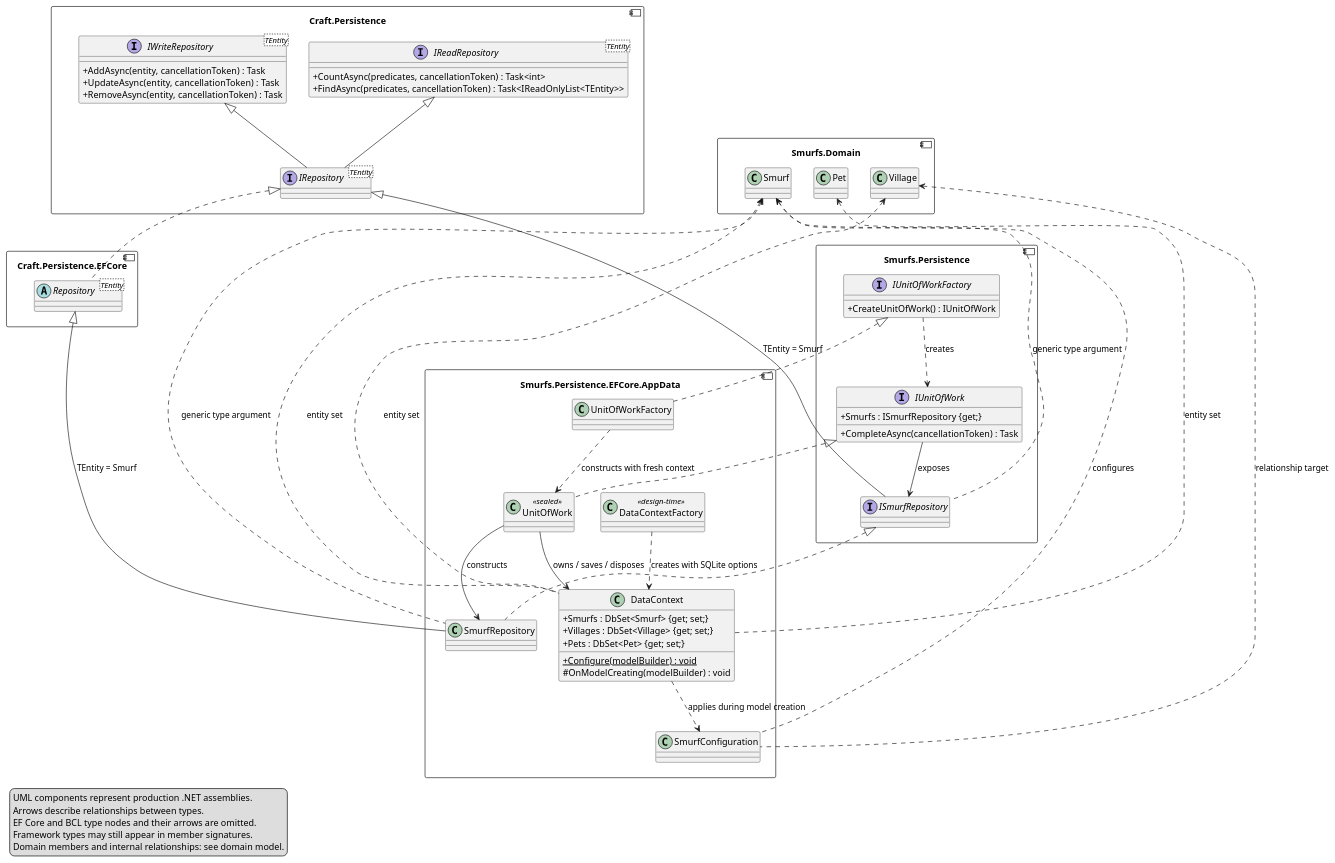
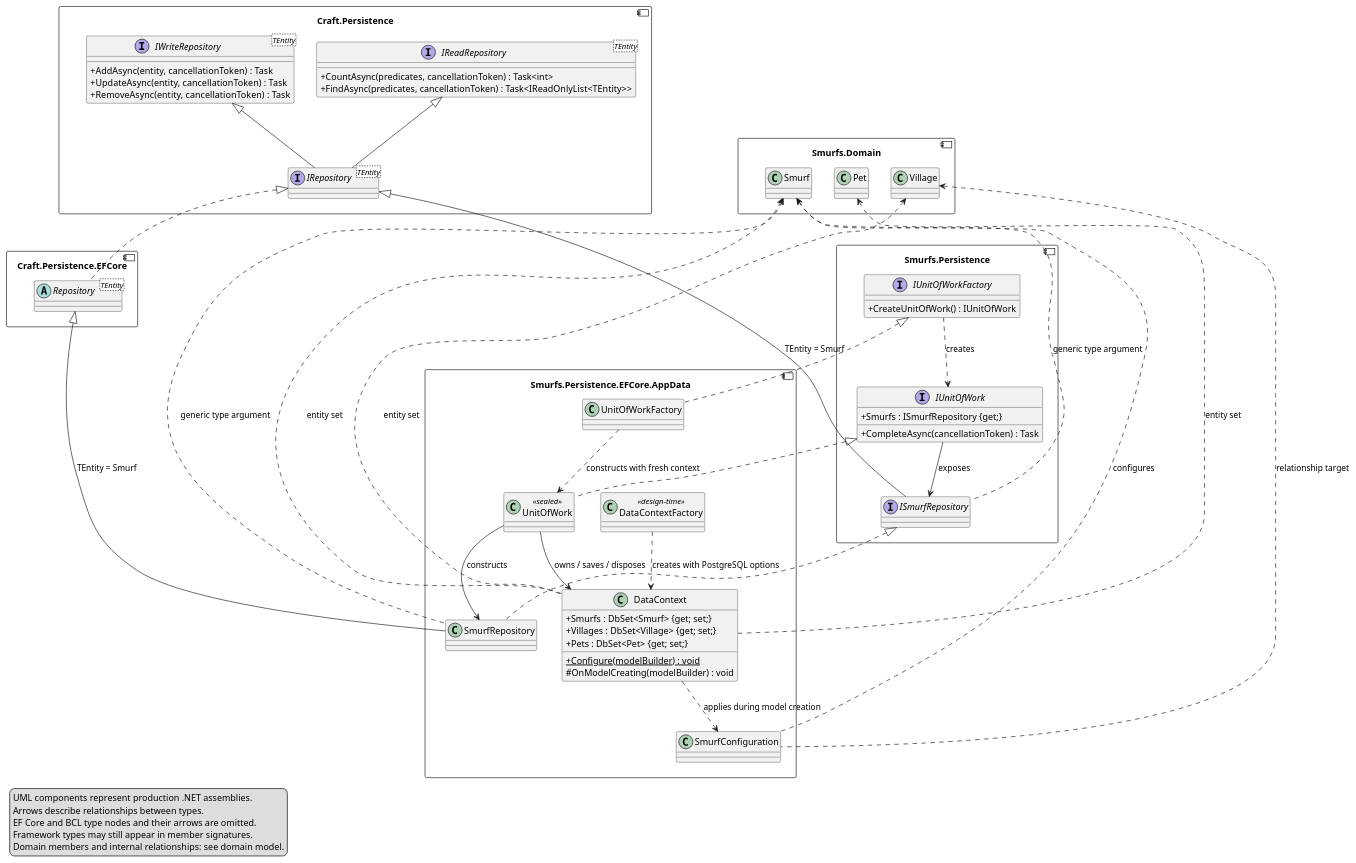
Before and after one commit to EbbeMeloSorensen/Smurfs: the diagram in docs/structural/diagrams/persistence-architecture.puml, drawn with PlantUML. The commit also changed 16 other files, not shown here.

```diff
--- a/docs/structural/diagrams/persistence-architecture.puml
+++ b/docs/structural/diagrams/persistence-architecture.puml
@@ -1,87 +1,87 @@
 @startuml
 allowmixing
 skinparam componentStyle uml2
 skinparam classAttributeIconSize 0
 top to bottom direction
 component "Craft.Persistence" as CraftContracts {
   interface "IReadRepository<TEntity>" as IRead {
     +CountAsync(predicates, cancellationToken) : Task<int>
     +FindAsync(predicates, cancellationToken) : Task<IReadOnlyList<TEntity>>
   }
   interface "IWriteRepository<TEntity>" as IWrite {
     +AddAsync(entity, cancellationToken) : Task
     +UpdateAsync(entity, cancellationToken) : Task
     +RemoveAsync(entity, cancellationToken) : Task
   }
   interface "IRepository<TEntity>" as IRepository
 }
 component "Craft.Persistence.EFCore" as CraftEF {
   abstract class "Repository<TEntity>" as Repository
 }
 component "Smurfs.Persistence" as SmurfContracts {
   interface ISmurfRepository
   interface IUnitOfWork {
     +Smurfs : ISmurfRepository {get;}
     +CompleteAsync(cancellationToken) : Task
   }
   interface IUnitOfWorkFactory {
     +CreateUnitOfWork() : IUnitOfWork
   }
 }
 component "Smurfs.Persistence.EFCore.AppData" as AppData {
   class SmurfRepository
   class UnitOfWork <<sealed>>
   class UnitOfWorkFactory
   class DataContext {
     +Smurfs : DbSet<Smurf> {get; set;}
     +Villages : DbSet<Village> {get; set;}
     +Pets : DbSet<Pet> {get; set;}
     {static} +Configure(modelBuilder) : void
     #OnModelCreating(modelBuilder) : void
   }
   class DataContextFactory <<design-time>>
   class SmurfConfiguration
 }
 component "Smurfs.Domain" as Domain {
   class Smurf
   class Village
   class Pet
 }
 
 ' Invisible layout constraints only; these are not assembly references.
 CraftContracts -[hidden]right- Domain
 CraftContracts -[hidden]down-> CraftEF
 Domain -[hidden]down-> SmurfContracts
 CraftEF -[hidden]down-> AppData
 SmurfContracts -[hidden]down-> AppData
 
 IRead <|-- IRepository
 IWrite <|-- IRepository
 IRepository <|.. Repository
 IRepository <|-- ISmurfRepository : TEntity = Smurf
 Repository <|-- SmurfRepository : TEntity = Smurf
 ISmurfRepository <|.. SmurfRepository
 ISmurfRepository .up.> Smurf : generic type argument
 SmurfRepository .up.> Smurf : generic type argument
 SmurfConfiguration .up.> Smurf : configures
 SmurfConfiguration .up.> Village : relationship target
 DataContext .up.> Smurf : entity set
 DataContext .up.> Village : entity set
 DataContext .up.> Pet : entity set
 IUnitOfWork <|.. UnitOfWork
 IUnitOfWorkFactory <|.. UnitOfWorkFactory
 IUnitOfWork --> ISmurfRepository : exposes
 IUnitOfWorkFactory ..> IUnitOfWork : creates
 UnitOfWork --> SmurfRepository : constructs
 UnitOfWork --> DataContext : owns / saves / disposes
 UnitOfWorkFactory ..> UnitOfWork : constructs with fresh context
-DataContextFactory ..> DataContext : creates with SQLite options
+DataContextFactory ..> DataContext : creates with PostgreSQL options
 DataContext ..> SmurfConfiguration : applies during model creation
 legend bottom left
   UML components represent production .NET assemblies.
   Arrows describe relationships between types.
   EF Core and BCL type nodes and their arrows are omitted.
   Framework types may still appear in member signatures.
   Domain members and internal relationships: see domain model.
 endlegend
 @enduml
```
